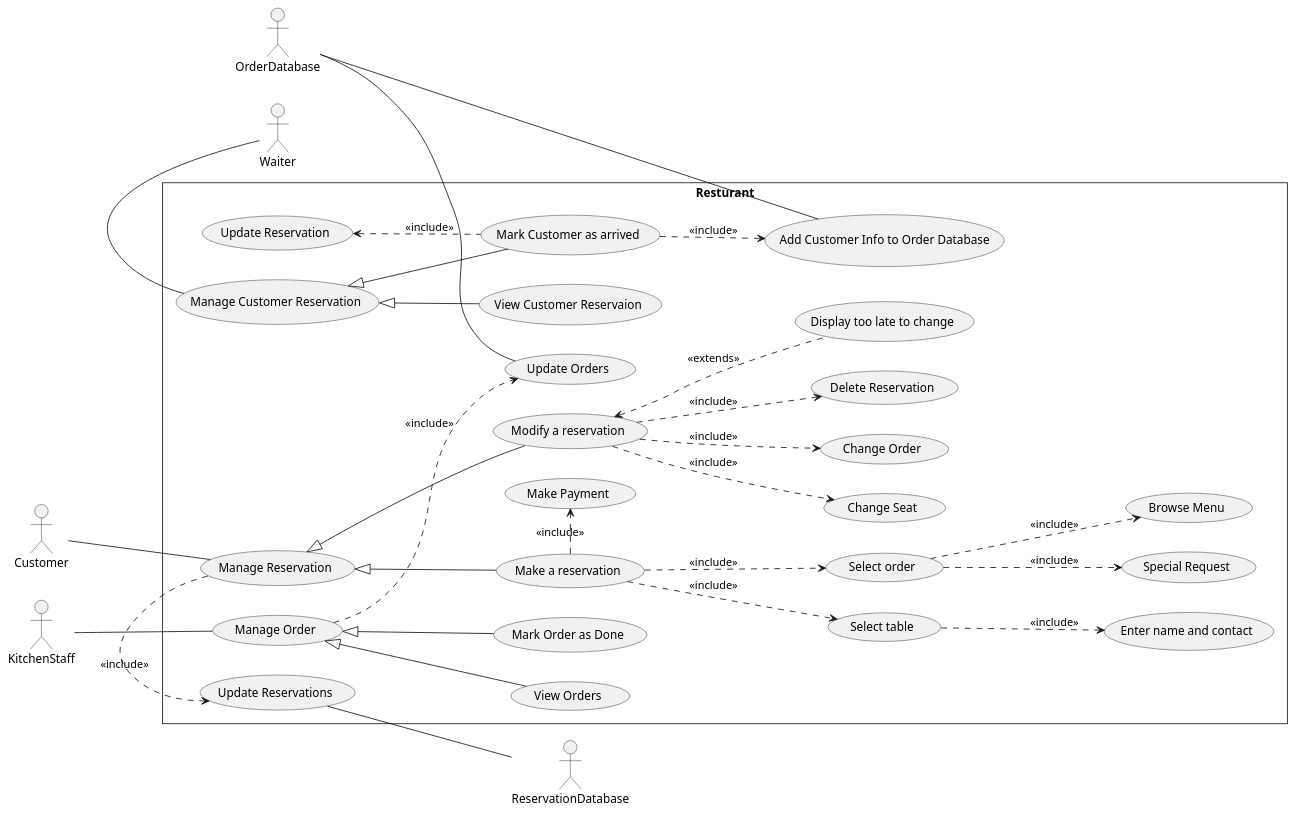
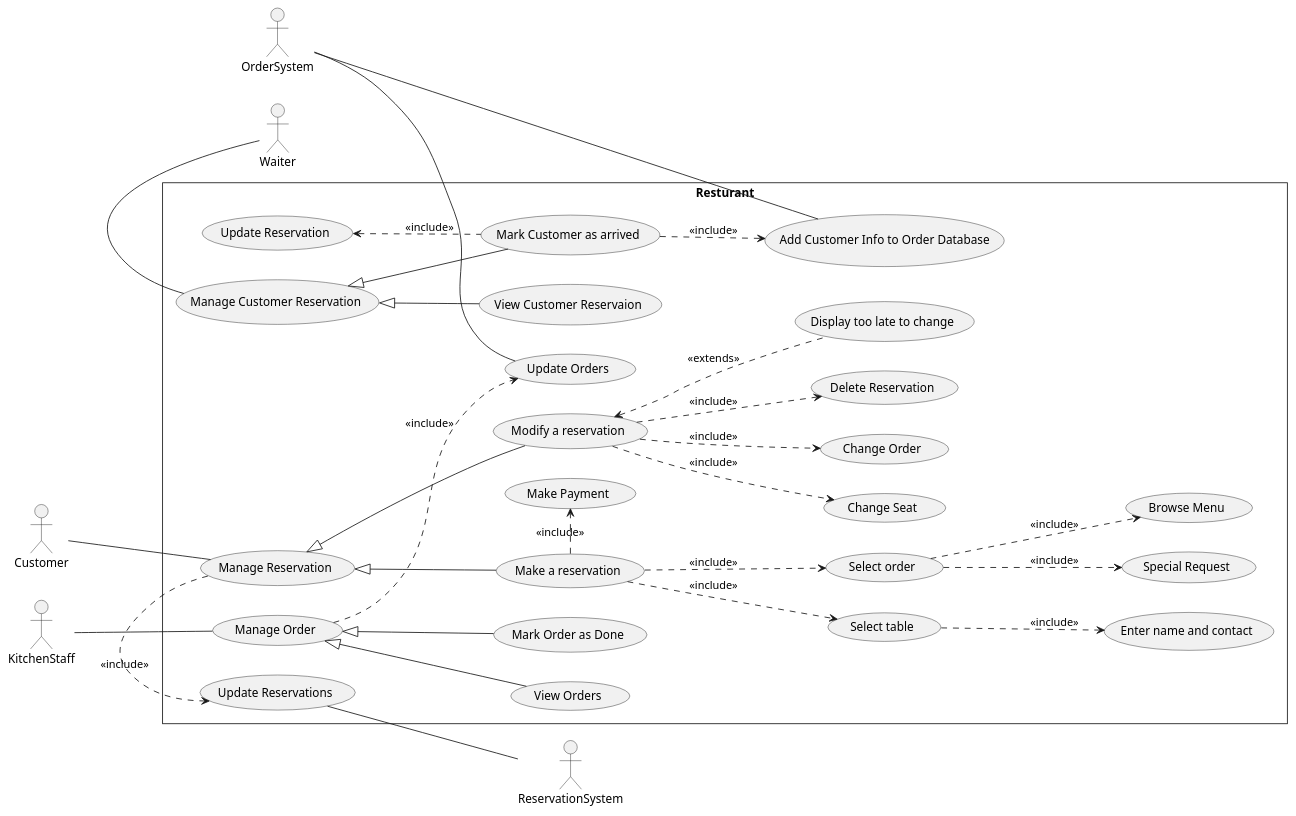
One commit to prathammanocha/RestaurantAutomationSystem changed the diagram in usecase.plantuml. Above: the diagram before and after it, drawn with PlantUML.

```diff
--- a/usecase.plantuml
+++ b/usecase.plantuml
@@ -1,52 +1,52 @@
 @startuml usecase
 
 Skinparam Style strictuml
 left to right direction
 Skinparam PackageStyle rectangle
 
 actor Customer
 
 actor KitchenStaff
 
-actor OrderDatabase
+actor OrderSystem
 
 actor Waiter
 
-actor ReservationDatabase
+actor ReservationSystem
 
 rectangle Resturant{
    Customer -- (Manage Reservation)
    KitchenStaff -- (Manage Order)
-   OrderDatabase -- (Update Orders)
+   OrderSystem -- (Update Orders)
    (Manage Reservation) <|-down- (Make a reservation)
    (Manage Reservation) <|-down- (Modify a reservation)
    (Manage Reservation) .> (Update Reservations) : <<include>>
-   (Update Reservations) -- ReservationDatabase
+   (Update Reservations) -- ReservationSystem
    (Modify a reservation) .down.> (Change Seat) : <<include>>
    (Modify a reservation) .down.> (Change Order) : <<include>>
    (Modify a reservation) .down.> (Delete Reservation) : <<include>>
    (Modify a reservation) <.. (Display too late to change) : <<extends>>
    (Make a reservation) .down.> (Select table) : <<include>>
    (Select table) .down.> (Enter name and contact) : <<include>>
    (Make a reservation) .down.> (Select order) : <<include>>
    (Select order) .down.> (Browse Menu): <<include>>
    (Select order) .down.> (Special Request): <<include>>
    (Manage Order) <|-- (Mark Order as Done)
    (Manage Order) <|-- (View Orders)
    (Manage Order) .down.> (Update Orders): <<include>>
    (Make a reservation) .> (Make Payment) : <<include>>
    Waiter -left- (Manage Customer Reservation)
    (Manage Customer Reservation) <|-down- (View Customer Reservaion)
    (Manage Customer Reservation) <|-down- (Mark Customer as arrived)
    (Mark Customer as arrived) .down.> (Add Customer Info to Order Database) : <<include>>
-   OrderDatabase -- (Add Customer Info to Order Database)
+   OrderSystem -- (Add Customer Info to Order Database)
    (Mark Customer as arrived) .up.> (Update Reservation) : <<include>>
 
 }
 
 
 
 
 
 
 @enduml
```
